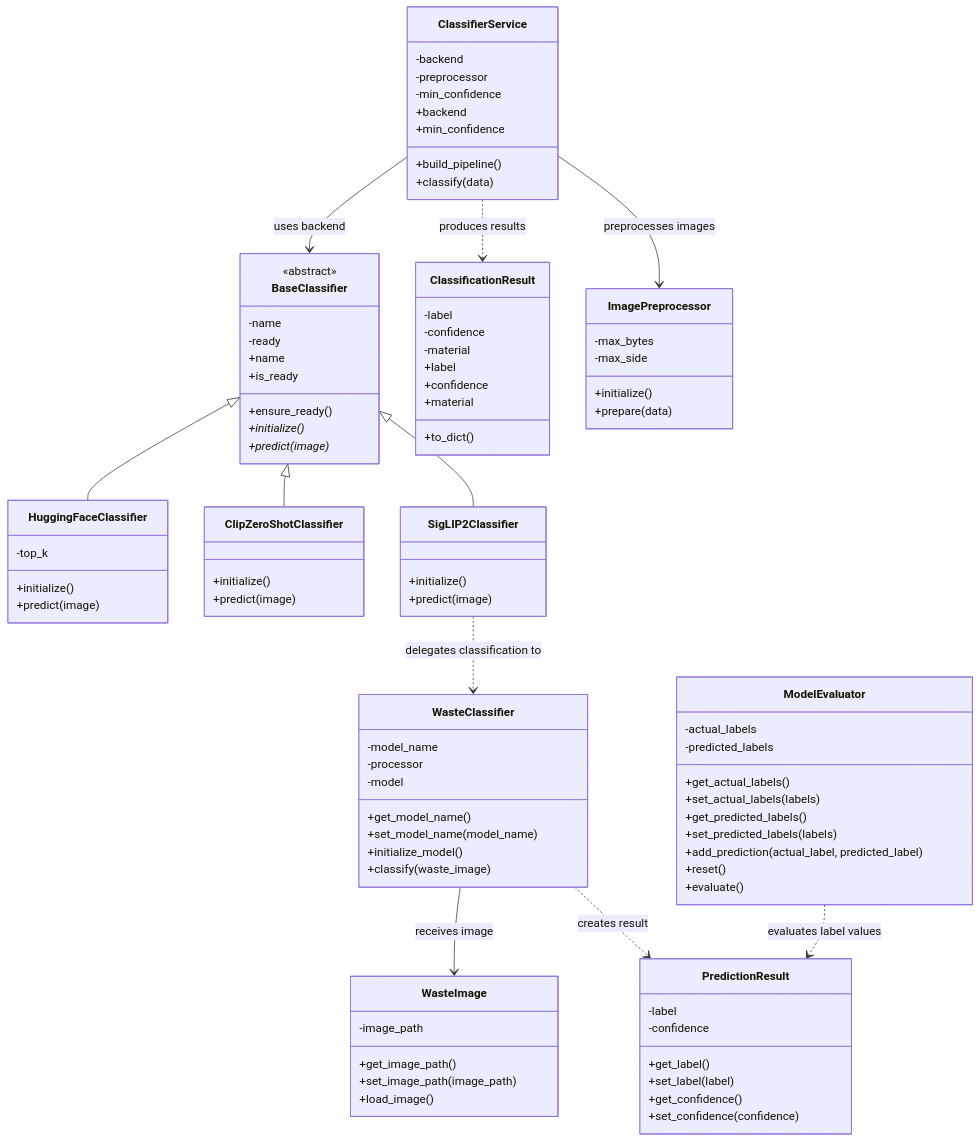
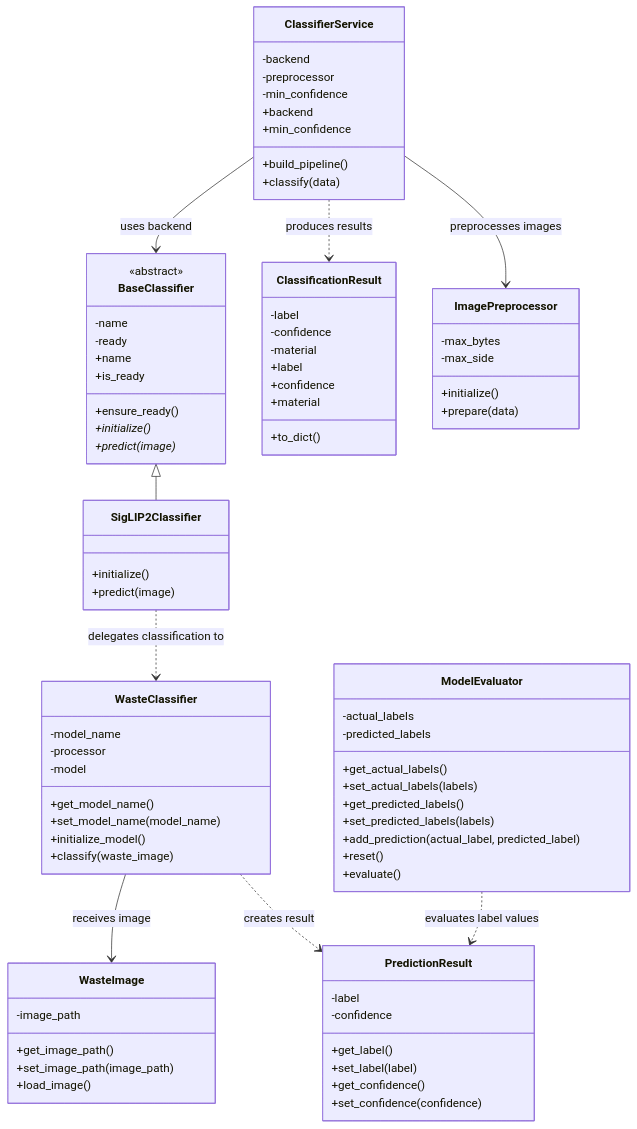
The second of 5 diagrams in waste_sorting/README.md (Mayssaa24/Capstone_Project), drawn with Mermaid before and after one commit. The commit also changed other lines of this file and 5 other files, not shown here.

```diff
--- a/waste_sorting/README.md
+++ b/waste_sorting/README.md
@@ -66,17 +62,6 @@
         +ensure_ready()
         +initialize()*
         +predict(image)*
-    }
-
-    class HuggingFaceClassifier {
-        -top_k
-        +initialize()
-        +predict(image)
-    }
-
-    class ClipZeroShotClassifier {
-        +initialize()
-        +predict(image)
     }
 
     class SigLIP2Classifier {
@@ -149,8 +134,6 @@
         +evaluate()
     }
 
-    BaseClassifier <|-- HuggingFaceClassifier
-    BaseClassifier <|-- ClipZeroShotClassifier
     BaseClassifier <|-- SigLIP2Classifier
 
     ClassifierService --> BaseClassifier : uses backend
```
